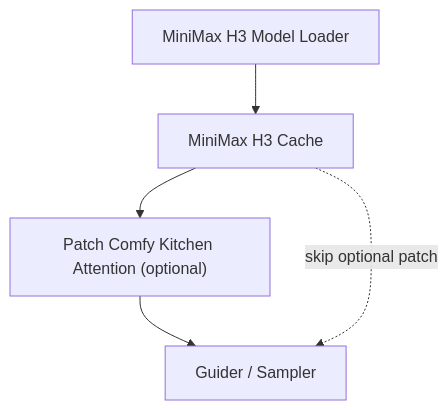
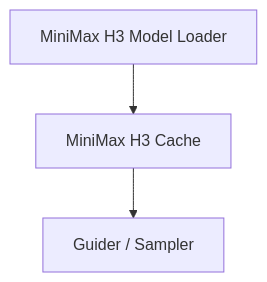
The diagram in docs/minimax_h3_cache.md (darksidewalker/ComfyUI-DaSiWa-Nodes), drawn with Mermaid before and after one commit. The commit also changed other lines of this file and 8 other files, not shown here.

Commit message:
feat: retire Comfy Kitchen attention patch and update docs

````diff
--- a/docs/minimax_h3_cache.md
+++ b/docs/minimax_h3_cache.md
@@ -9,7 +9,5 @@
 ```mermaid
 flowchart TB
     LOADER[MiniMax H3 Model Loader] --> CACHE[MiniMax H3 Cache]
-    CACHE --> PKA["Patch Comfy Kitchen Attention (optional)"]
-    PKA --> GUIDER[Guider / Sampler]
-    CACHE -.->|skip optional patch| GUIDER
+    CACHE --> GUIDER[Guider / Sampler]
 ```
````
